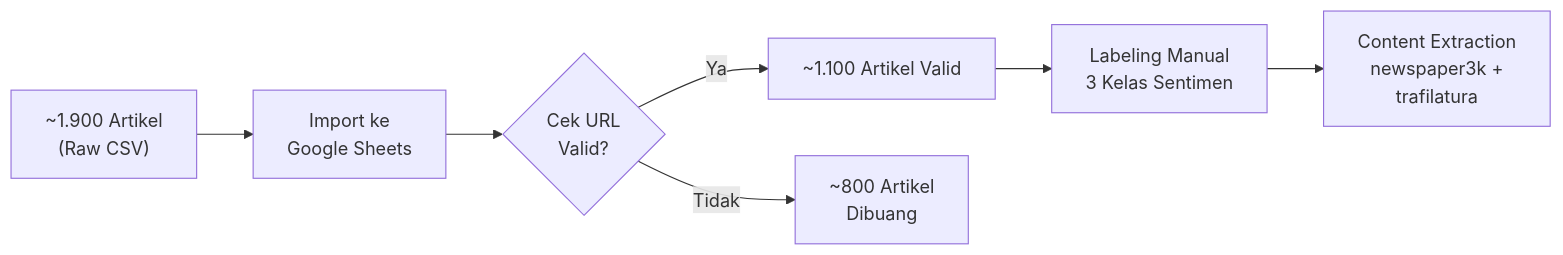
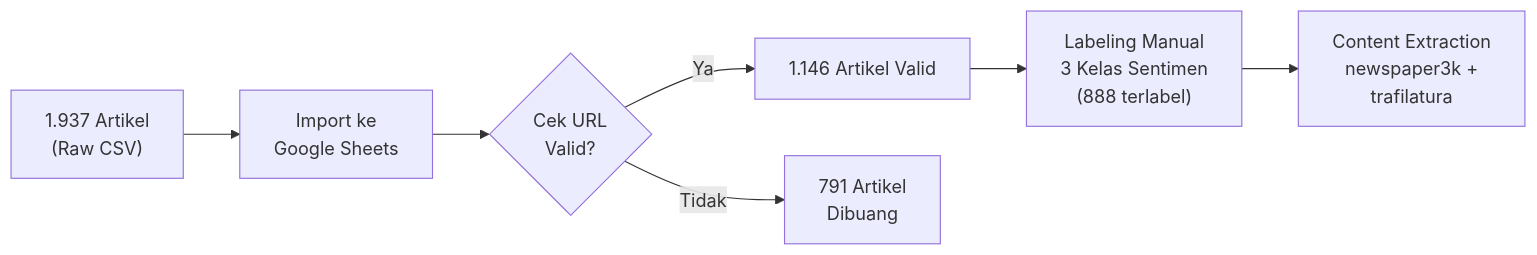
Before and after one commit to MIqbalBY/PBA: the second of 4 diagrams in Project A/PIPELINE_LPDP_NLP.md, drawn with Mermaid. The commit also changed other lines of this file and 2 other files, not shown here.

````diff
--- a/Project A/PIPELINE_LPDP_NLP.md
+++ b/Project A/PIPELINE_LPDP_NLP.md
@@ -170,9 +170,9 @@
 ```mermaid
 flowchart LR
-    A["~1.900 Artikel\n(Raw CSV)"] --> B["Import ke\nGoogle Sheets"]
+    A["1.937 Artikel\n(Raw CSV)"] --> B["Import ke\nGoogle Sheets"]
     B --> C{"Cek URL\nValid?"}
-    C -->|"Ya"| D["~1.100 Artikel Valid"]
-    C -->|"Tidak"| E["~800 Artikel\nDibuang"]
-    D --> F["Labeling Manual\n3 Kelas Sentimen"]
+    C -->|"Ya"| D["1.146 Artikel Valid"]
+    C -->|"Tidak"| E["791 Artikel\nDibuang"]
+    D --> F["Labeling Manual\n3 Kelas Sentimen\n(888 terlabel)"] 
     F --> G["Content Extraction\nnewspaper3k +\ntrafilatura"]
 ```
````
